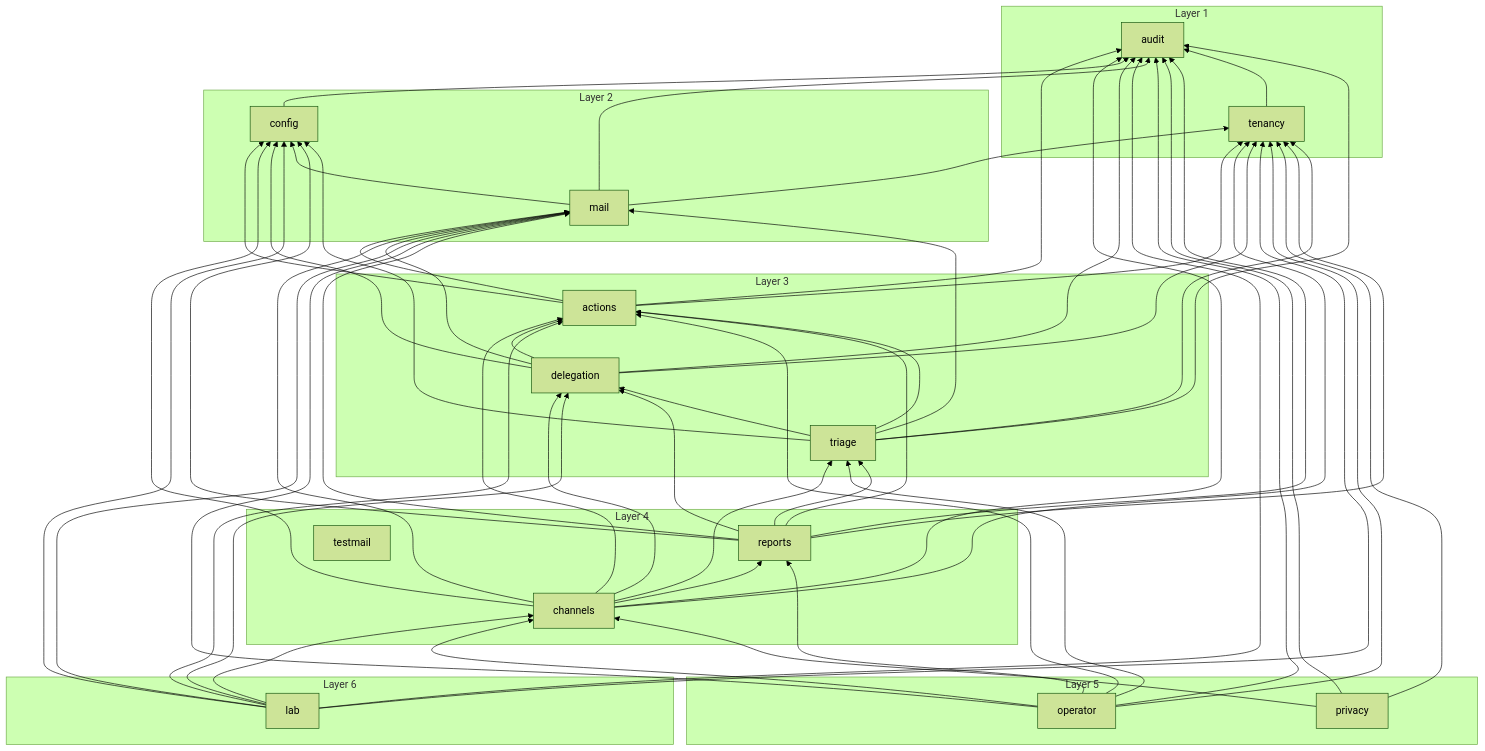
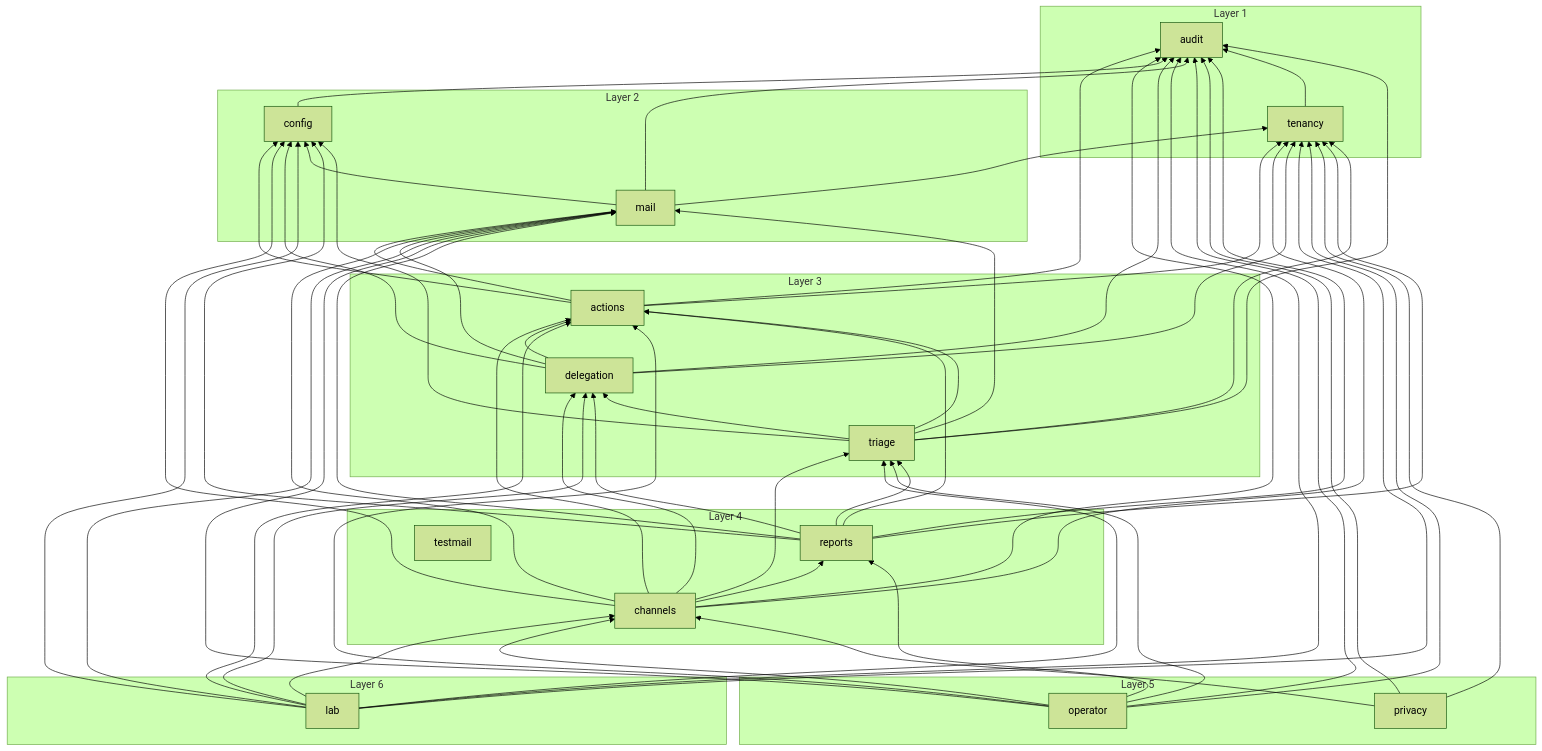
The diagram in docs/diagrams/module-graph.md (Artexs/email_assistant), drawn with Mermaid (forest theme) before and after one commit. The commit also changed 16 other files, not shown here.

Commit message:
F113 stage 12: scorer, triage and M1 (lab score)

````diff
--- a/docs/diagrams/module-graph.md
+++ b/docs/diagrams/module-graph.md
@@ -7,80 +7,81 @@
 ```mermaid
 flowchart BT
   subgraph group1["Layer 1"]
     audit
     tenancy
   end
   subgraph group2["Layer 2"]
     config
     mail
   end
   subgraph group3["Layer 3"]
     triage
     actions
     delegation
   end
   subgraph group4["Layer 4"]
     reports
     channels
     testmail
   end
   subgraph group5["Layer 5"]
     operator
     privacy
   end
   subgraph group6["Layer 6"]
     lab
   end
   actions --> audit
   actions --> config
   actions --> mail
   actions --> tenancy
   channels --> actions
   channels --> audit
   channels --> config
   channels --> delegation
   channels --> mail
   channels --> reports
   channels --> tenancy
   channels --> triage
   config --> audit
   delegation --> actions
   delegation --> audit
   delegation --> config
   delegation --> mail
   delegation --> tenancy
   lab --> actions
   lab --> audit
   lab --> channels
   lab --> config
   lab --> delegation
   lab --> mail
   lab --> tenancy
+  lab --> triage
   mail --> audit
   mail --> config
   mail --> tenancy
   operator --> actions
   operator --> audit
   operator --> channels
   operator --> mail
   operator --> reports
   operator --> tenancy
   operator --> triage
   privacy --> audit
   privacy --> channels
   privacy --> tenancy
   reports --> actions
   reports --> audit
   reports --> config
   reports --> delegation
   reports --> mail
   reports --> tenancy
   reports --> triage
   tenancy --> audit
   triage --> actions
   triage --> audit
   triage --> config
   triage --> delegation
   triage --> mail
   triage --> tenancy
 ```
````
